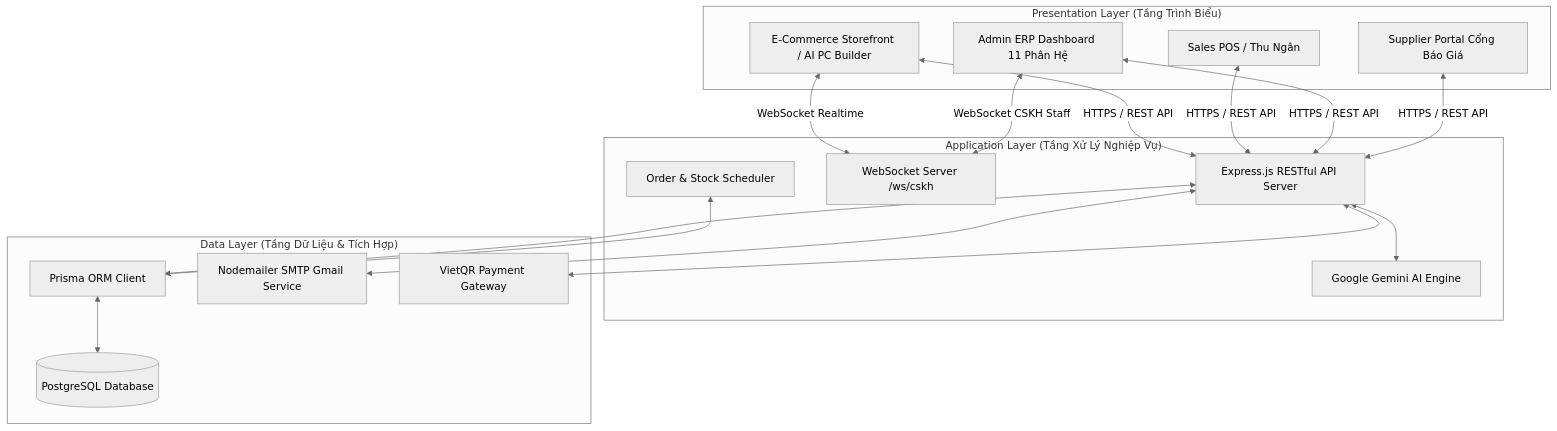
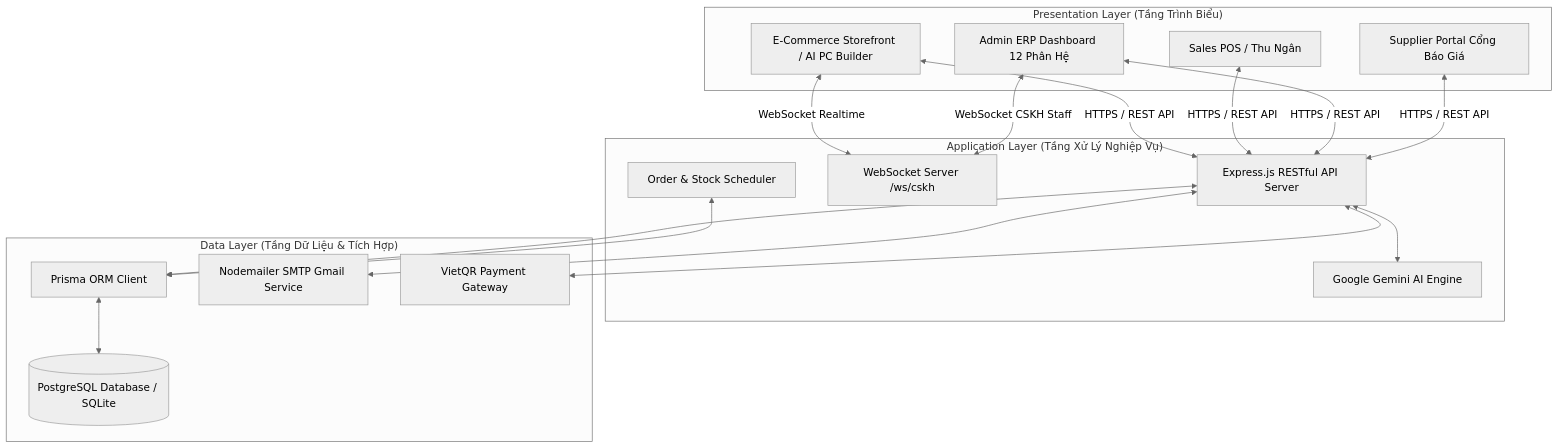
The first of 3 diagrams in README.md (CauBeHayBun/KLTN_ERP), drawn with Mermaid (neutral theme) before and after one commit. The commit also changed other lines of this file, not shown here.

````diff
--- a/README.md
+++ b/README.md
@@ -44,36 +45,36 @@
 ```mermaid
 graph TD
     subgraph "Presentation Layer (Tầng Trình Biểu)"
         UI1[E-Commerce Storefront / AI PC Builder]
         UI2[Sales POS / Thu Ngân]
-        UI3[Admin ERP Dashboard 11 Phân Hệ]
+        UI3[Admin ERP Dashboard 12 Phân Hệ]
         UI4[Supplier Portal Cổng Báo Giá]
     end
 
     subgraph "Application Layer (Tầng Xử Lý Nghiệp Vụ)"
         API[Express.js RESTful API Server]
         WS[WebSocket Server /ws/cskh]
         AI[Google Gemini AI Engine]
         SCH[Order & Stock Scheduler]
     end
 
     subgraph "Data Layer (Tầng Dữ Liệu & Tích Hợp)"
-        DB[(PostgreSQL Database)]
+        DB[(PostgreSQL Database / SQLite)]
         ORM[Prisma ORM Client]
         SMTP[Nodemailer SMTP Gmail Service]
         QR[VietQR Payment Gateway]
     end
 
     UI1 <-->|HTTPS / REST API| API
     UI1 <-->|WebSocket Realtime| WS
     UI2 <-->|HTTPS / REST API| API
     UI3 <-->|HTTPS / REST API| API
     UI3 <-->|WebSocket CSKH Staff| WS
     UI4 <-->|HTTPS / REST API| API
 
     API <--> ORM <--> DB
     API <--> AI
     API <--> SMTP
     API <--> QR
     SCH <--> ORM
 ```
````
